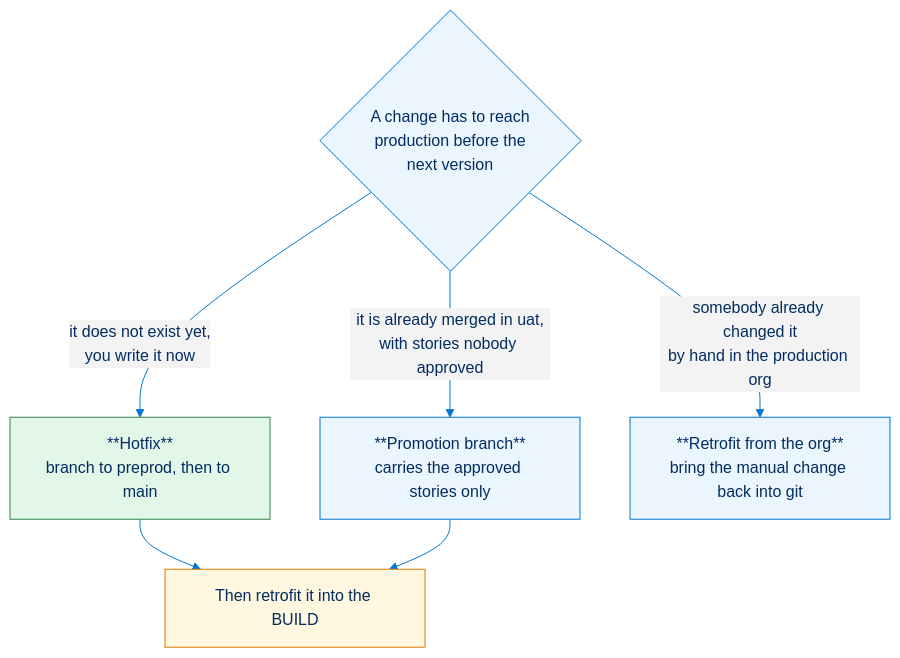
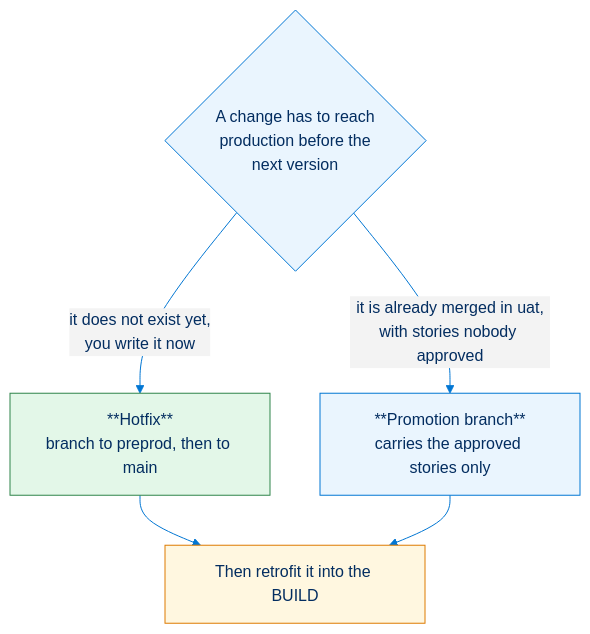
Before and after one commit to hardisgroupcom/sfdx-hardis: the first of 2 diagrams in docs/salesforce-ci-cd-hotfixes.md, drawn with Mermaid. The commit also changed other lines of this file and 1 other file, not shown here.

First line of the commit message:
docs: never present a manual production change as an option

````diff
--- a/docs/salesforce-ci-cd-hotfixes.md
+++ b/docs/salesforce-ci-cd-hotfixes.md
@@ -53,12 +53,11 @@
 ```mermaid
 %%{init: {"theme": "base", "themeVariables": {"primaryColor": "#eaf5fe", "primaryTextColor": "#032d60", "primaryBorderColor": "#0176d3", "lineColor": "#0176d3", "secondaryColor": "#f3f3f3", "tertiaryColor": "#ffffff", "fontFamily": "Salesforce Sans, Arial, sans-serif"}}}%%
 flowchart TB
     START{"A change has to reach<br/>production before the<br/>next version"}
     START -->|"it does not exist yet,<br/>you write it now"| HOTFIX["**Hotfix**<br/>branch to preprod, then to main"]
     START -->|"it is already merged in uat,<br/>with stories nobody approved"| PROMO["**Promotion branch**<br/>carries the approved stories only"]
-    START -->|"somebody already changed it<br/>by hand in the production org"| ORG["**Retrofit from the org**<br/>bring the manual change back into git"]
     HOTFIX --> RETRO["Then retrofit it into the BUILD"]
     PROMO --> RETRO
     style HOTFIX fill:#e3f7e8,stroke:#2e844a
     style RETRO fill:#fff7e0,stroke:#dd7a01
 ```
````
